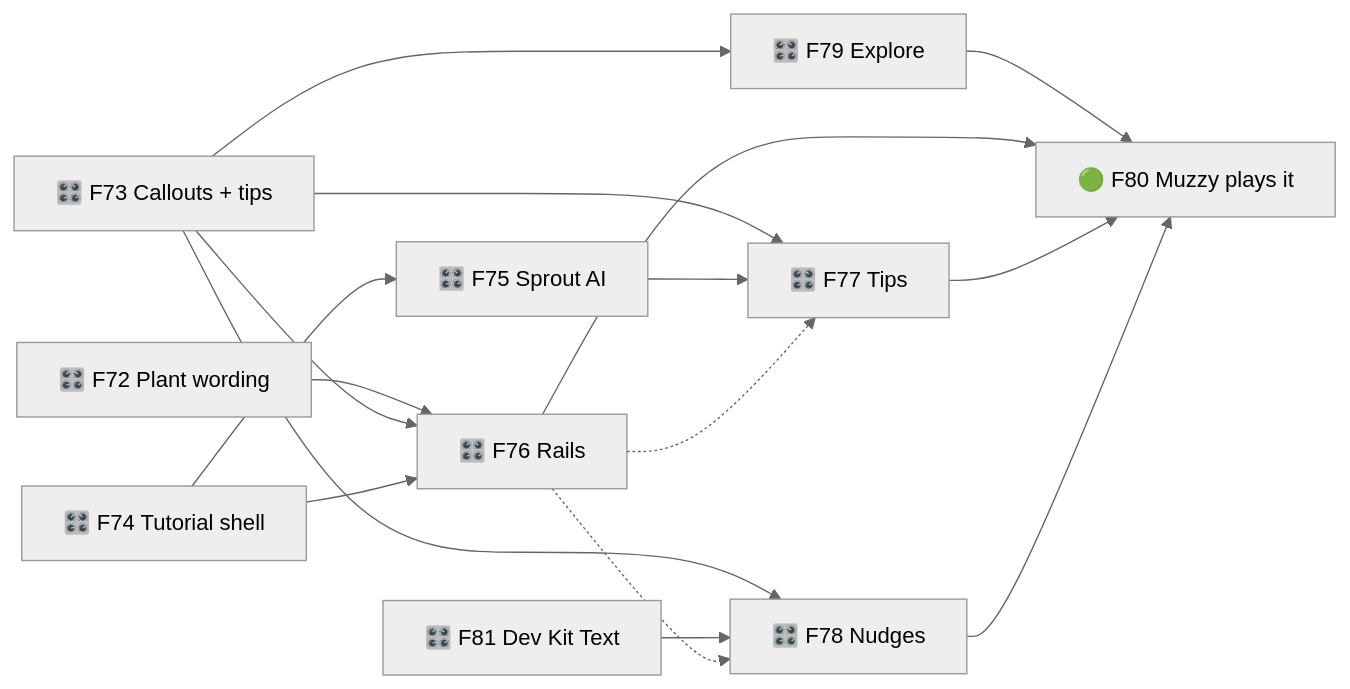
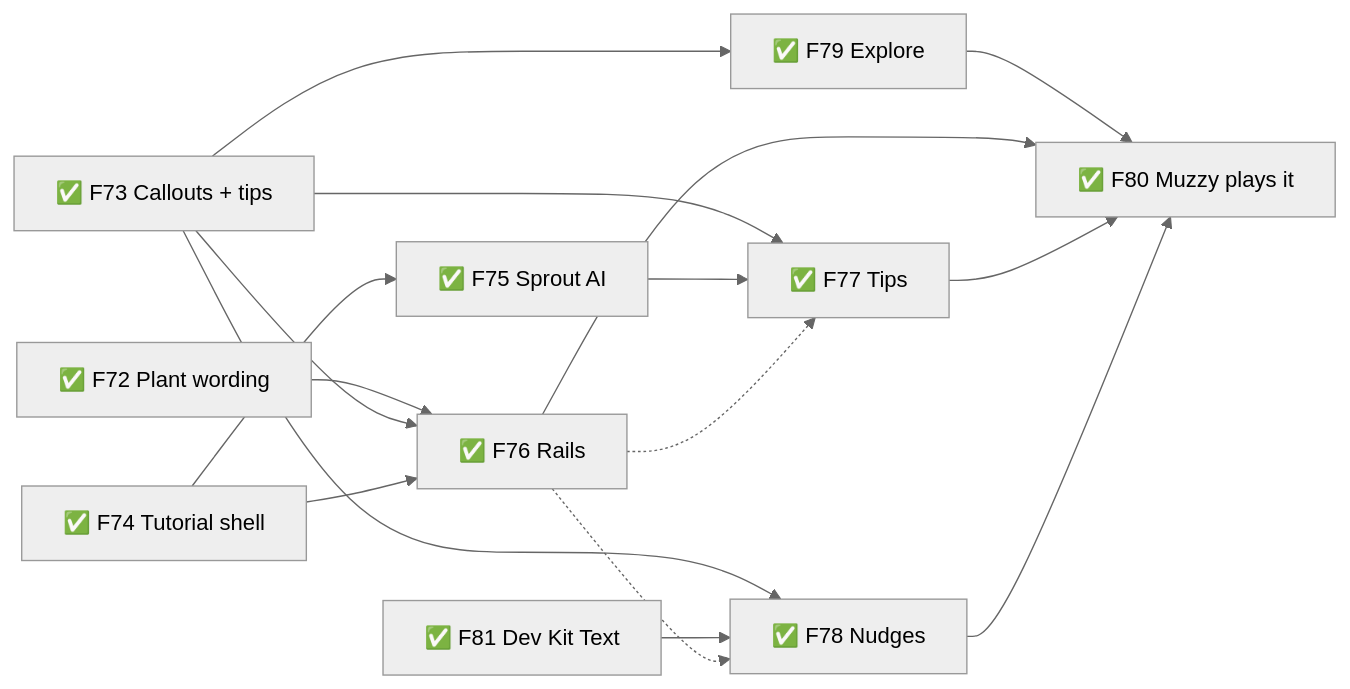
One commit to TheBlueMuzzy/glyphtender changed the tenth of 10 diagrams in .planning/ROADMAP.md. Above: the diagram before and after it, drawn with Mermaid (neutral theme). The commit also changed other lines of this file and 23 other files, not shown here.

````diff
--- a/.planning/ROADMAP.md
+++ b/.planning/ROADMAP.md
@@ -273,18 +273,18 @@
 ```mermaid
 flowchart LR
-  F72[🎛️ F72 Plant wording] --> F76[🎛️ F76 Rails]
-  F73[🎛️ F73 Callouts + tips] --> F76
-  F74[🎛️ F74 Tutorial shell] --> F76
-  F74 --> F75[🎛️ F75 Sprout AI]
-  F73 --> F77[🎛️ F77 Tips]
+  F72[✅ F72 Plant wording] --> F76[✅ F76 Rails]
+  F73[✅ F73 Callouts + tips] --> F76
+  F74[✅ F74 Tutorial shell] --> F76
+  F74 --> F75[✅ F75 Sprout AI]
+  F73 --> F77[✅ F77 Tips]
   F75 --> F77
   F76 -.-> F77
-  F73 --> F78[🎛️ F78 Nudges]
-  F81[🎛️ F81 Dev Kit Text] --> F78
+  F73 --> F78[✅ F78 Nudges]
+  F81[✅ F81 Dev Kit Text] --> F78
   F79 --> F80
   F76 -.-> F78
-  F73 --> F79[🎛️ F79 Explore]
-  F76 --> F80[🟢 F80 Muzzy plays it]
+  F73 --> F79[✅ F79 Explore]
+  F76 --> F80[✅ F80 Muzzy plays it]
   F77 --> F80
   F78 --> F80
 ```
````
